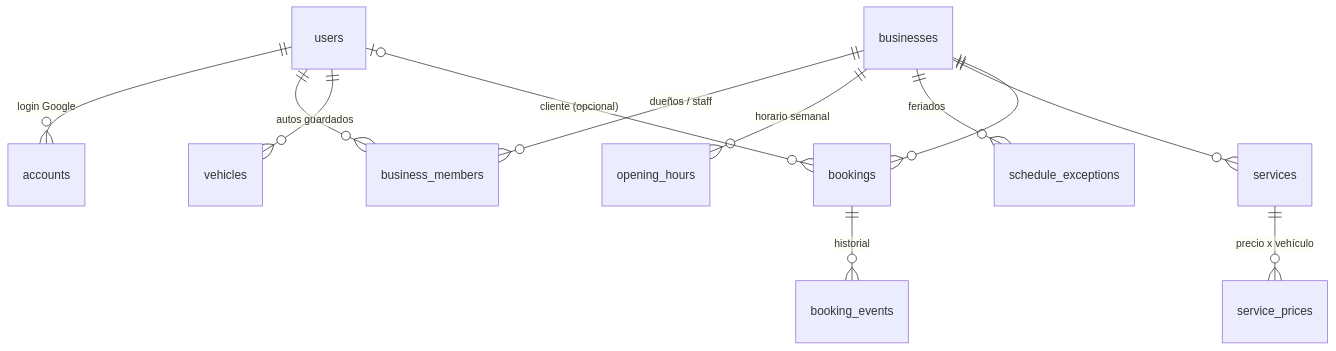
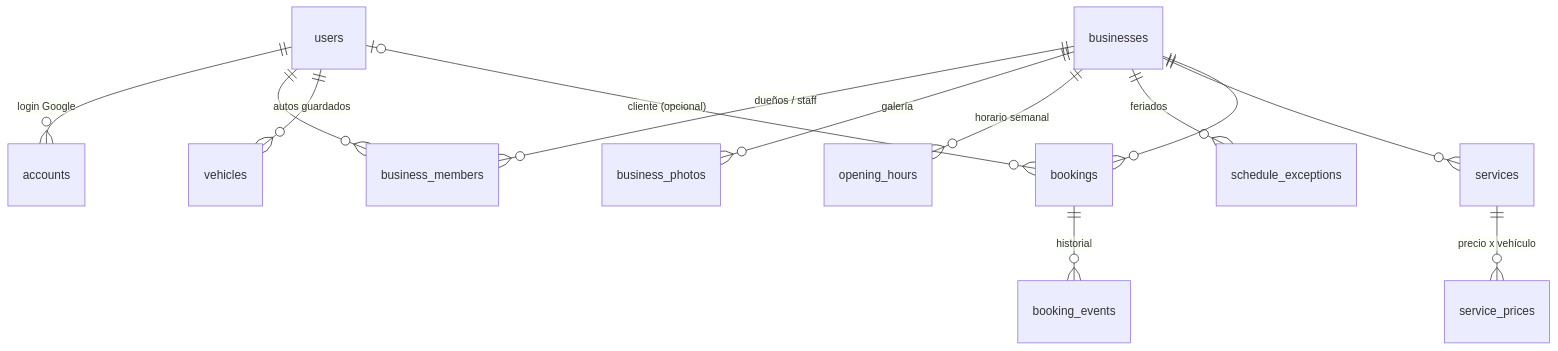
One commit to turquito1/lavafy-lavaderos changed the diagram in docs/base-de-datos.md. Above: the diagram before and after it, drawn with Mermaid. The commit also changed other lines of this file and 17 other files, not shown here.

````diff
--- a/docs/base-de-datos.md
+++ b/docs/base-de-datos.md
@@ -7,14 +7,15 @@
 ```mermaid
 erDiagram
   users ||--o{ accounts : "login Google"
   users ||--o{ business_members : ""
   businesses ||--o{ business_members : "dueños / staff"
+  businesses ||--o{ business_photos : "galería"
   businesses ||--o{ opening_hours : "horario semanal"
   businesses ||--o{ schedule_exceptions : "feriados"
   businesses ||--o{ services : ""
   services ||--o{ service_prices : "precio x vehículo"
   users ||--o{ vehicles : "autos guardados"
   businesses ||--o{ bookings : ""
   users |o--o{ bookings : "cliente (opcional)"
   bookings ||--o{ booking_events : "historial"
 ```
````
